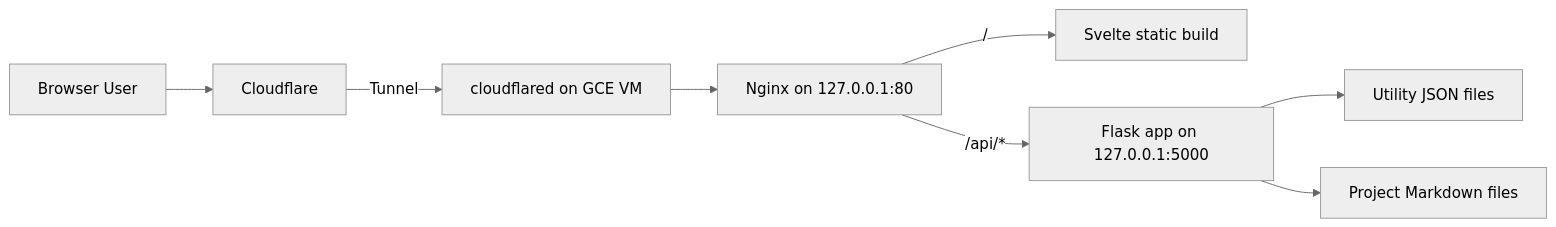
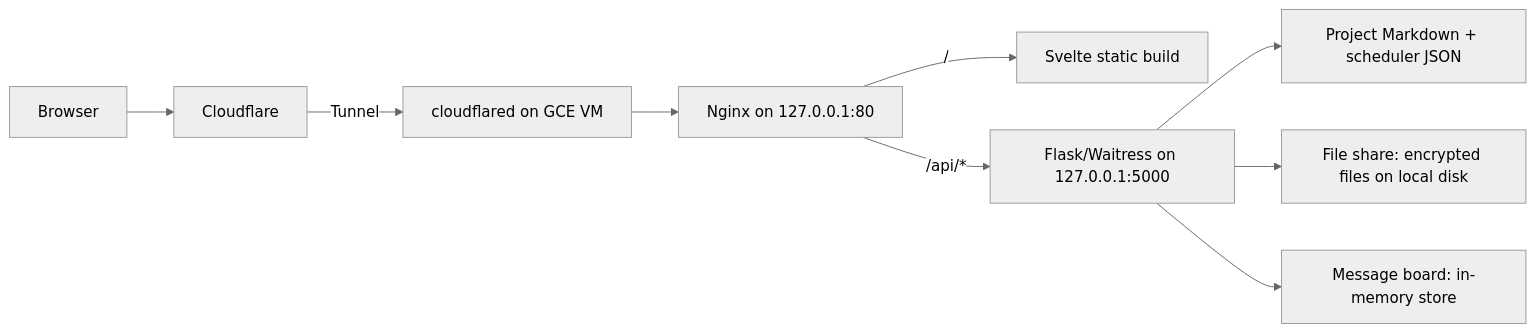
The diagram in documentation/ARCHITECTURE.md (DefiantBurger/Website), drawn with Mermaid (neutral theme) before and after one commit. The commit also changed other lines of this file and 24 other files, not shown here.

Commit message:
Fixed double logging issue. Fixed UDP buffer size issue for QUIC. Increased message board ttl. Updated documentation

````diff
--- a/documentation/ARCHITECTURE.md
+++ b/documentation/ARCHITECTURE.md
@@ -23,10 +12,11 @@
 ```mermaid
 flowchart LR
-    User[Browser User] --> CF[Cloudflare]
+    User[Browser] --> CF[Cloudflare]
     CF -->|Tunnel| CFD[cloudflared on GCE VM]
     CFD --> Nginx[Nginx on 127.0.0.1:80]
     Nginx -->|/| FE[Svelte static build]
-    Nginx -->|/api/*| Flask[Flask app on 127.0.0.1:5000]
-    Flask --> JSON[Utility JSON files]
-    Flask --> MD[Project Markdown files]
+    Nginx -->|/api/*| Flask[Flask/Waitress on 127.0.0.1:5000]
+    Flask --> Files[Project Markdown + scheduler JSON]
+    Flask --> Disk[File share: encrypted files on local disk]
+    Flask --> Mem[Message board: in-memory store]
 ```
````
